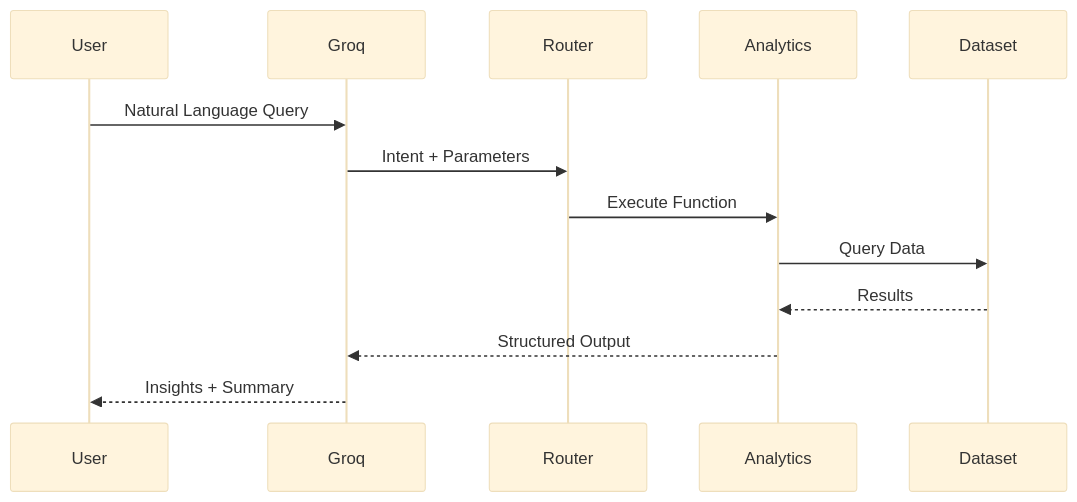
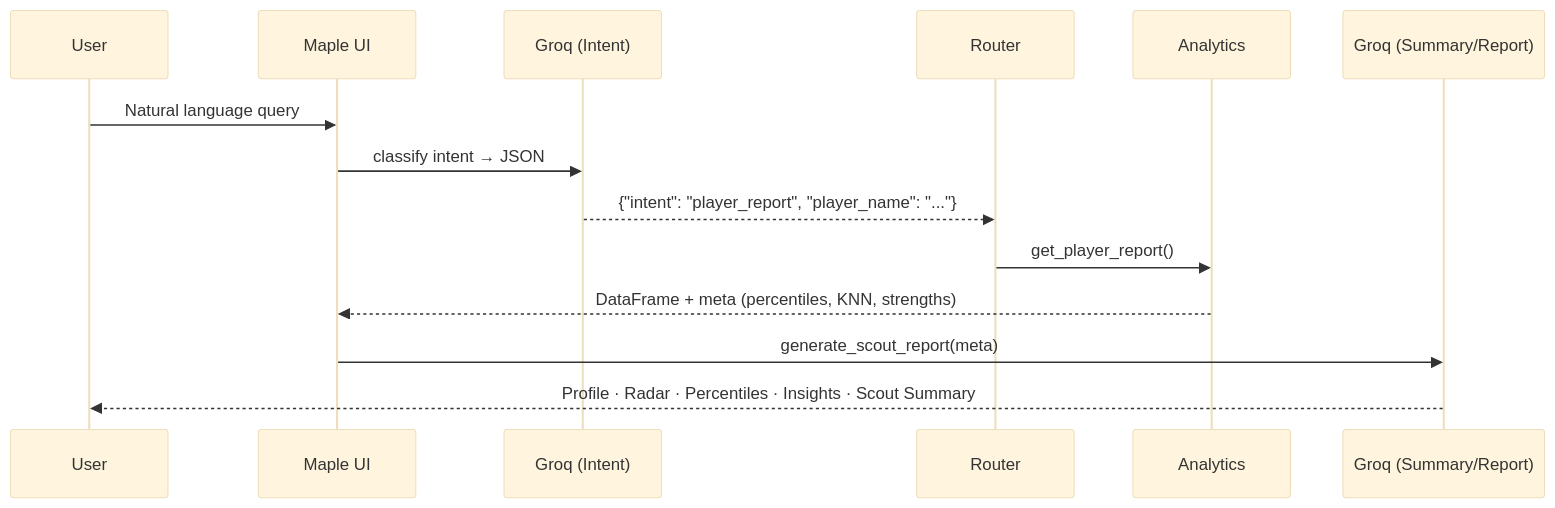
One commit to Ananyaa00051/Maple---FIFA-analysis-assistant changed the second of 2 diagrams in README.md. Above: the diagram before and after it, drawn with Mermaid (base theme). The commit also changed other lines of this file, not shown here.

Commit message:
docs: rewrite README to reflect current state of Maple

````diff
--- a/README.md
+++ b/README.md
@@ -82,23 +119,17 @@
 ```mermaid
 sequenceDiagram
+    participant User
+    participant Maple as Maple UI
+    participant Groq1 as Groq (Intent)
+    participant Router
+    participant Analytics
+    participant Groq2 as Groq (Summary/Report)
 
-participant User
-participant Groq
-participant Router
-participant Analytics
-participant Dataset
-
-User->>Groq: Natural Language Query
-
-Groq->>Router: Intent + Parameters
-
-Router->>Analytics: Execute Function
-
-Analytics->>Dataset: Query Data
-
-Dataset-->>Analytics: Results
-
-Analytics-->>Groq: Structured Output
-
-Groq-->>User: Insights + Summary
+    User->>Maple: Natural language query
+    Maple->>Groq1: classify intent → JSON
+    Groq1-->>Router: {"intent": "player_report", "player_name": "..."}
+    Router->>Analytics: get_player_report()
+    Analytics-->>Maple: DataFrame + meta (percentiles, KNN, strengths)
+    Maple->>Groq2: generate_scout_report(meta)
+    Groq2-->>User: Profile · Radar · Percentiles · Insights · Scout Summary
 ```
````
